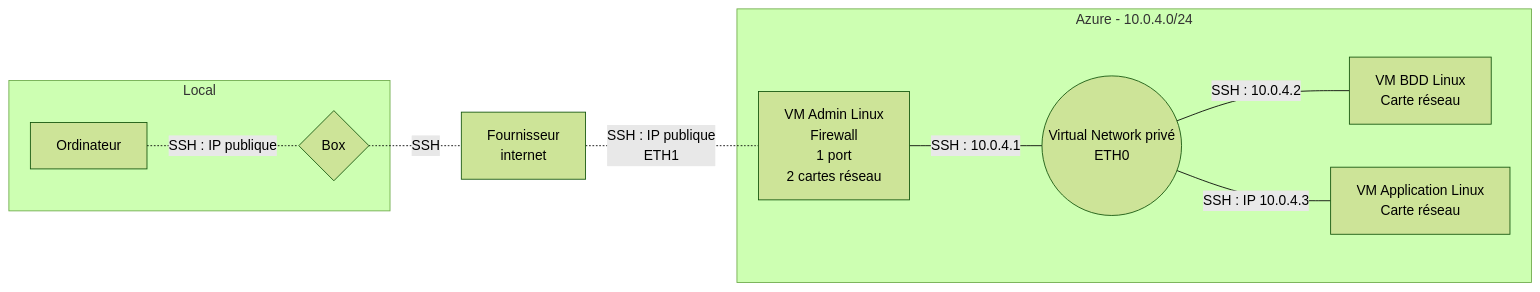
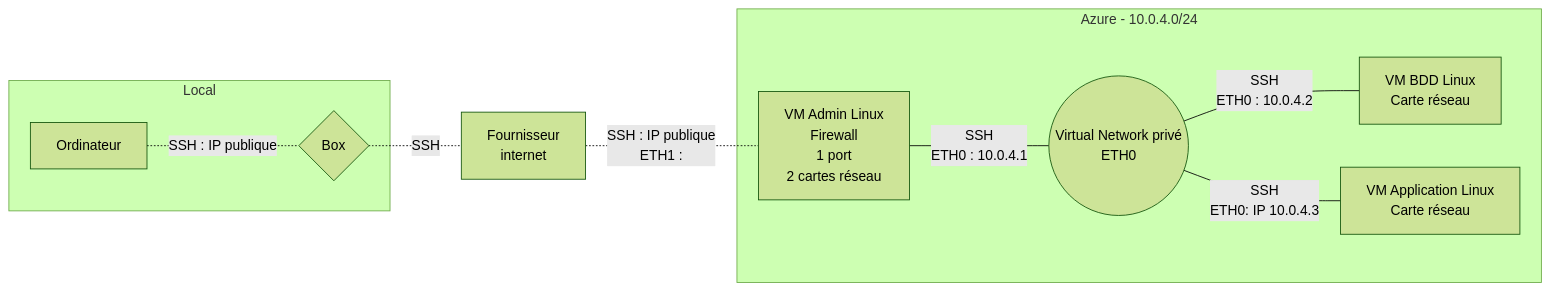
One commit to simplon-ThomasJulian/Brief2_Groupe4 changed the diagram in Brouillon.md. Above: the diagram before and after it, drawn with Mermaid (forest theme).

````diff
--- a/Brouillon.md
+++ b/Brouillon.md
@@ -1,13 +1,13 @@
 ```mermaid
 flowchart LR
     subgraph Local
     Ordinateur[Ordinateur] -.-|SSH : IP publique| Box{Box}
     end
     Box -.-|SSH| Internet[Fournisseur <br /> internet]
-    Internet -.-|SSH : IP publique <br /> ETH1| VMAdmin[VM Admin Linux <br /> Firewall <br /> 1 port <br /> 2 cartes réseau]
+    Internet -.-|SSH : IP publique <br /> ETH1 : | VMAdmin[VM Admin Linux <br /> Firewall <br /> 1 port <br /> 2 cartes réseau]
     subgraph Azure - 10.0.4.0/24
-    VMAdmin ---|SSH : 10.0.4.1| VN((Virtual Network privé <br /> ETH0))
-    VN ---|SSH : 10.0.4.2| BDD[VM BDD Linux <br /> Carte réseau]
-    VN ---|SSH : IP 10.0.4.3| Appli[VM Application Linux <br /> Carte réseau]
+    VMAdmin ---|SSH  <br /> ETH0 : 10.0.4.1| VN((Virtual Network privé <br /> ETH0))
+    VN ---|SSH  <br /> ETH0 : 10.0.4.2| BDD[VM BDD Linux <br /> Carte réseau]
+    VN ---|SSH  <br />  ETH0: IP 10.0.4.3| Appli[VM Application Linux <br /> Carte réseau]
     end
 ```
````
